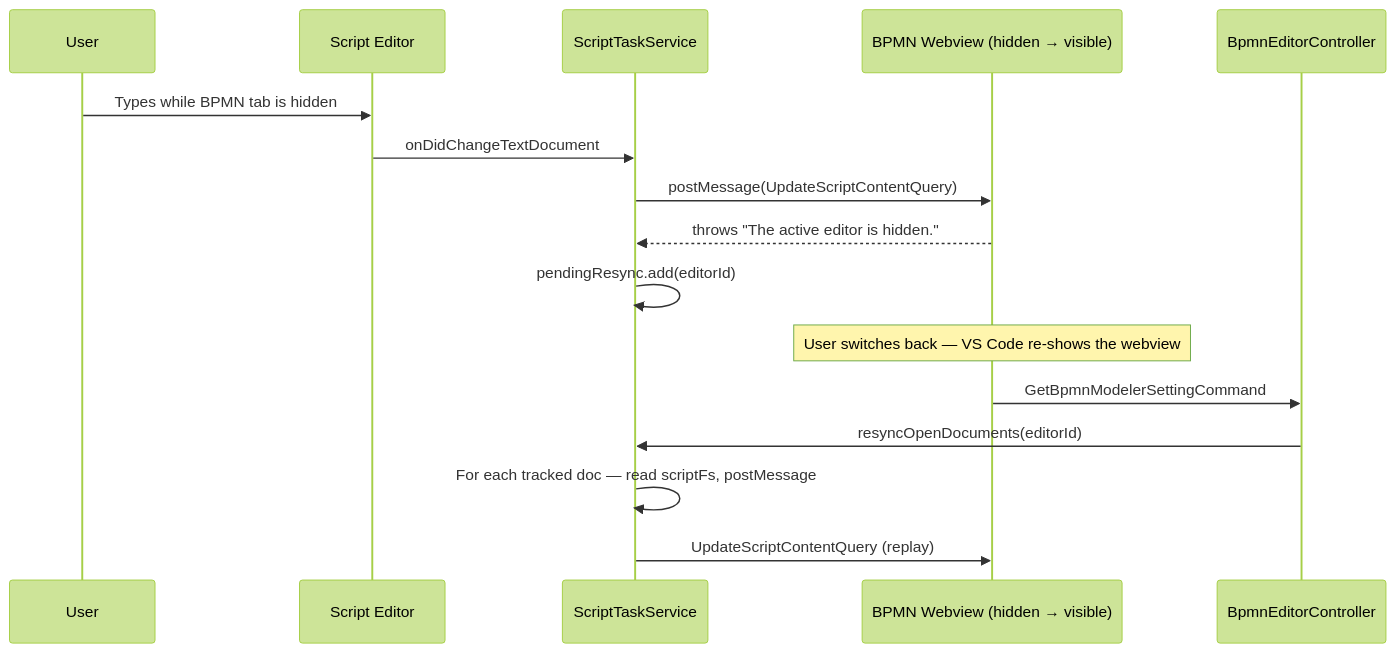
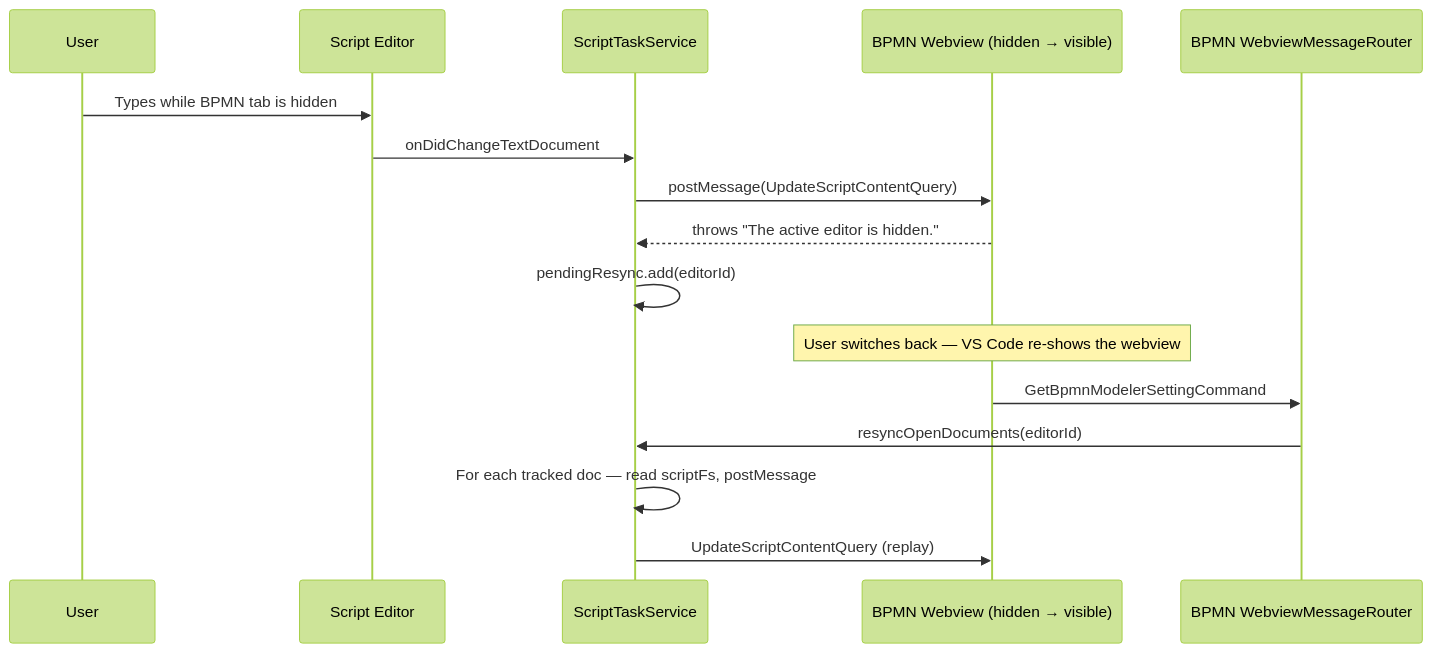
The third of 3 diagrams in docs/vscode/contributing/architecture/inline-scripting.md (Miragon/bpmn-modeler), drawn with Mermaid (forest theme) before and after one commit. The commit also changed other lines of this file and 11 other files, not shown here.

````diff
--- a/docs/vscode/contributing/architecture/inline-scripting.md
+++ b/docs/vscode/contributing/architecture/inline-scripting.md
@@ -161,20 +165,20 @@
 ```mermaid
 sequenceDiagram
     participant User
     participant Editor as Script Editor
     participant ScriptSvc as ScriptTaskService
     participant Webview as BPMN Webview (hidden → visible)
-    participant Controller as BpmnEditorController
+    participant Router as BPMN WebviewMessageRouter
 
     User->>Editor: Types while BPMN tab is hidden
     Editor->>ScriptSvc: onDidChangeTextDocument
     ScriptSvc->>Webview: postMessage(UpdateScriptContentQuery)
     Webview-->>ScriptSvc: throws "The active editor is hidden."
     ScriptSvc->>ScriptSvc: pendingResync.add(editorId)
 
     Note over Webview: User switches back — VS Code re-shows the webview
-    Webview->>Controller: GetBpmnModelerSettingCommand
-    Controller->>ScriptSvc: resyncOpenDocuments(editorId)
+    Webview->>Router: GetBpmnModelerSettingCommand
+    Router->>ScriptSvc: resyncOpenDocuments(editorId)
     ScriptSvc->>ScriptSvc: For each tracked doc — read scriptFs, postMessage
     ScriptSvc->>Webview: UpdateScriptContentQuery (replay)
 ```
````
